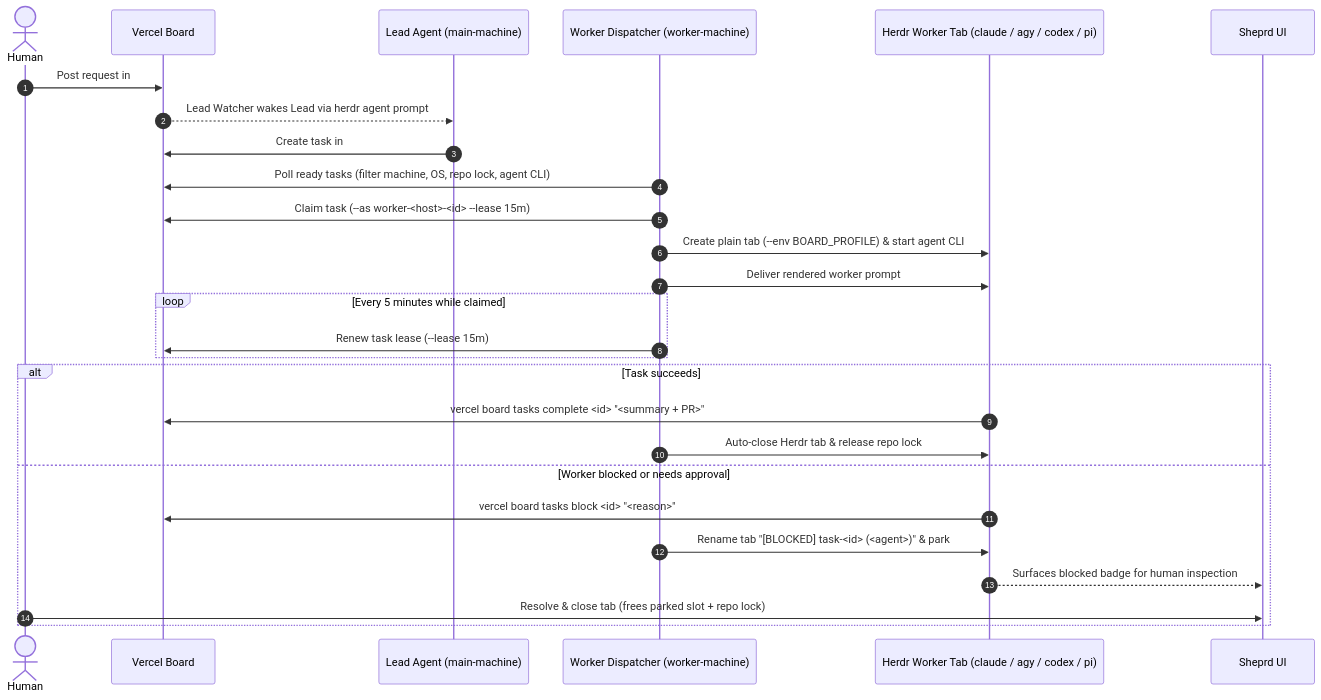
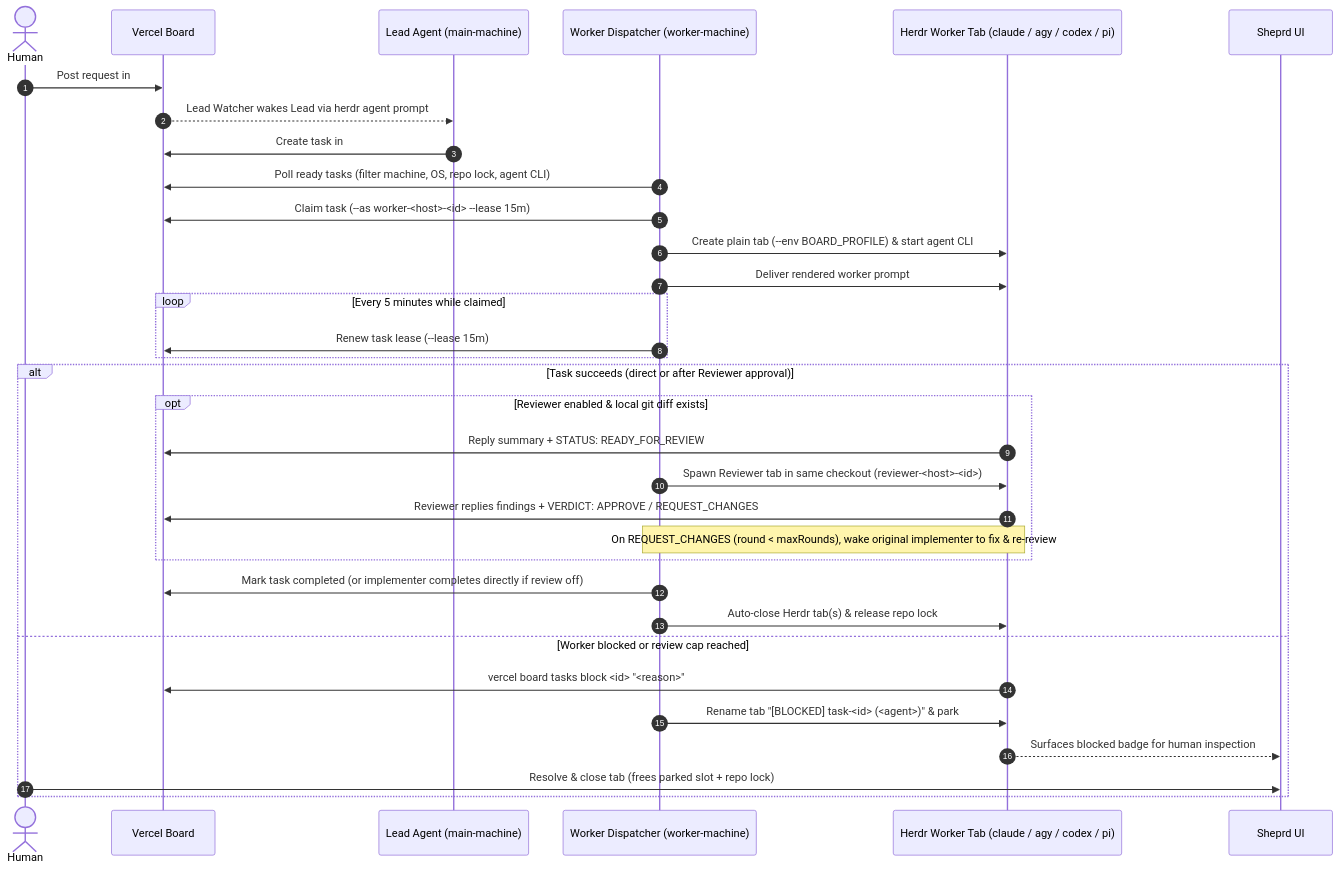
Before and after one commit to kodi/bordr-swarm: the second of 2 diagrams in docs/architecture.md, drawn with Mermaid. The commit also changed other lines of this file and 21 other files, not shown here.

Commit message:
feat: add Board-native reviewer role with per-project agent/model config

````diff
--- a/docs/architecture.md
+++ b/docs/architecture.md
@@ -39,32 +39,38 @@
 ```mermaid
 sequenceDiagram
   autonumber
   actor Human
   participant Board as Vercel Board
   participant Lead as Lead Agent (main-machine)
   participant Disp as Worker Dispatcher (worker-machine)
   participant Herdr as Herdr Worker Tab (claude / agy / codex / pi)
   participant Sheprd as Sheprd UI
 
   Human->>Board: Post request in #inbox
   Board-->>Lead: Lead Watcher wakes Lead via herdr agent prompt
   Lead->>Board: Create task in #projects/<slug> (labels: machine=, agent=)
   Disp->>Board: Poll ready tasks (filter machine, OS, repo lock, agent CLI)
   Disp->>Board: Claim task (--as worker-<host>-<id> --lease 15m)
   Disp->>Herdr: Create plain tab (--env BOARD_PROFILE) & start agent CLI
   Disp->>Herdr: Deliver rendered worker prompt
 
   loop Every 5 minutes while claimed
     Disp->>Board: Renew task lease (--lease 15m)
   end
 
-  alt Task succeeds
-    Herdr->>Board: vercel board tasks complete <id> "<summary + PR>"
-    Disp->>Herdr: Auto-close Herdr tab & release repo lock
-  else Worker blocked or needs approval
+  alt Task succeeds (direct or after Reviewer approval)
+    opt Reviewer enabled & local git diff exists
+      Herdr->>Board: Reply summary + STATUS: READY_FOR_REVIEW
+      Disp->>Herdr: Spawn Reviewer tab in same checkout (reviewer-<host>-<id>)
+      Herdr->>Board: Reviewer replies findings + VERDICT: APPROVE / REQUEST_CHANGES
+      Note over Disp,Herdr: On REQUEST_CHANGES (round < maxRounds), wake original implementer to fix & re-review
+    end
+    Disp->>Board: Mark task completed (or implementer completes directly if review off)
+    Disp->>Herdr: Auto-close Herdr tab(s) & release repo lock
+  else Worker blocked or review cap reached
     Herdr->>Board: vercel board tasks block <id> "<reason>"
     Disp->>Herdr: Rename tab "[BLOCKED] task-<id> (<agent>)" & park
     Herdr-->>Sheprd: Surfaces blocked badge for human inspection
     Human->>Sheprd: Resolve & close tab (frees parked slot + repo lock)
   end
 ```
````
